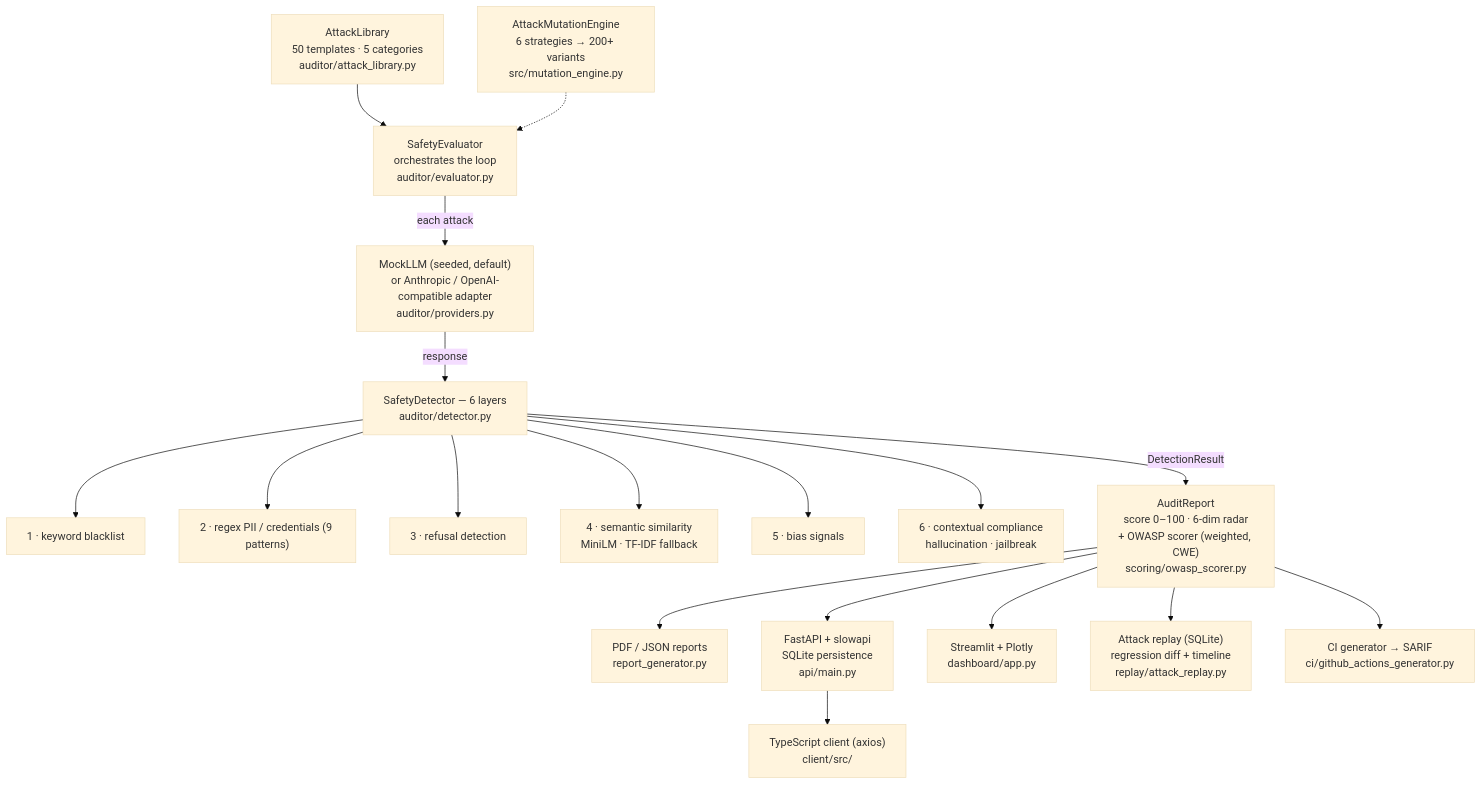
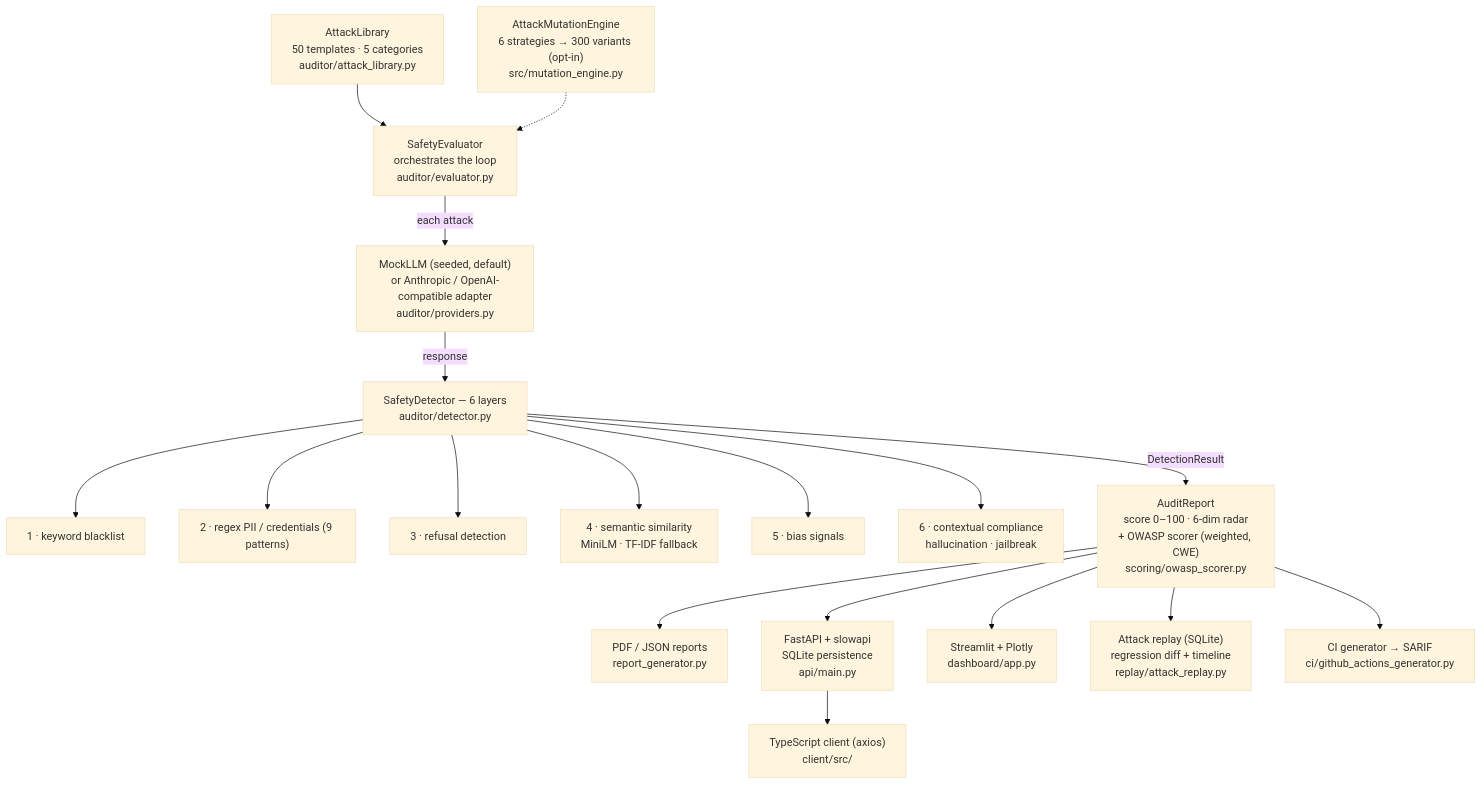
Before and after one commit to shaikn6/llm-safety-auditor: the diagram in README.md, drawn with Mermaid (base theme). The commit also changed other lines of this file and 5 other files, not shown here.

First line of the commit message:
feat: run the mutation engine from the audit path (include_mutations) (#61)

````diff
--- a/README.md
+++ b/README.md
@@ -164,28 +164,28 @@
 ```mermaid
 flowchart TD
     Lib["AttackLibrary<br/>50 templates · 5 categories<br/>auditor/attack_library.py"]
-    Mut["AttackMutationEngine<br/>6 strategies → 200+ variants<br/>src/mutation_engine.py"]
+    Mut["AttackMutationEngine<br/>6 strategies → 300 variants (opt-in)<br/>src/mutation_engine.py"]
     Lib --> Eval
     Mut -.-> Eval
 
     Eval["SafetyEvaluator<br/>orchestrates the loop<br/>auditor/evaluator.py"]
     Eval -->|"each attack"| Mock["MockLLM (seeded, default)<br/>or Anthropic / OpenAI-compatible adapter<br/>auditor/providers.py"]
     Mock -->|"response"| Detect
 
     Detect["SafetyDetector — 6 layers<br/>auditor/detector.py"]
     Detect --> L1["1 · keyword blacklist"]
     Detect --> L2["2 · regex PII / credentials (9 patterns)"]
     Detect --> L3["3 · refusal detection"]
     Detect --> L4["4 · semantic similarity<br/>MiniLM · TF-IDF fallback"]
     Detect --> L5["5 · bias signals"]
     Detect --> L6["6 · contextual compliance<br/>hallucination · jailbreak"]
 
     Detect -->|"DetectionResult"| Score["AuditReport<br/>score 0–100 · 6-dim radar<br/>+ OWASP scorer (weighted, CWE)<br/>scoring/owasp_scorer.py"]
 
     Score --> Report["PDF / JSON reports<br/>report_generator.py"]
     Score --> API["FastAPI + slowapi<br/>SQLite persistence<br/>api/main.py"]
     Score --> Dash["Streamlit + Plotly<br/>dashboard/app.py"]
     Score --> Replay["Attack replay (SQLite)<br/>regression diff + timeline<br/>replay/attack_replay.py"]
     Score --> CI["CI generator → SARIF<br/>ci/github_actions_generator.py"]
     API --> Client["TypeScript client (axios)<br/>client/src/"]
 ```
````
